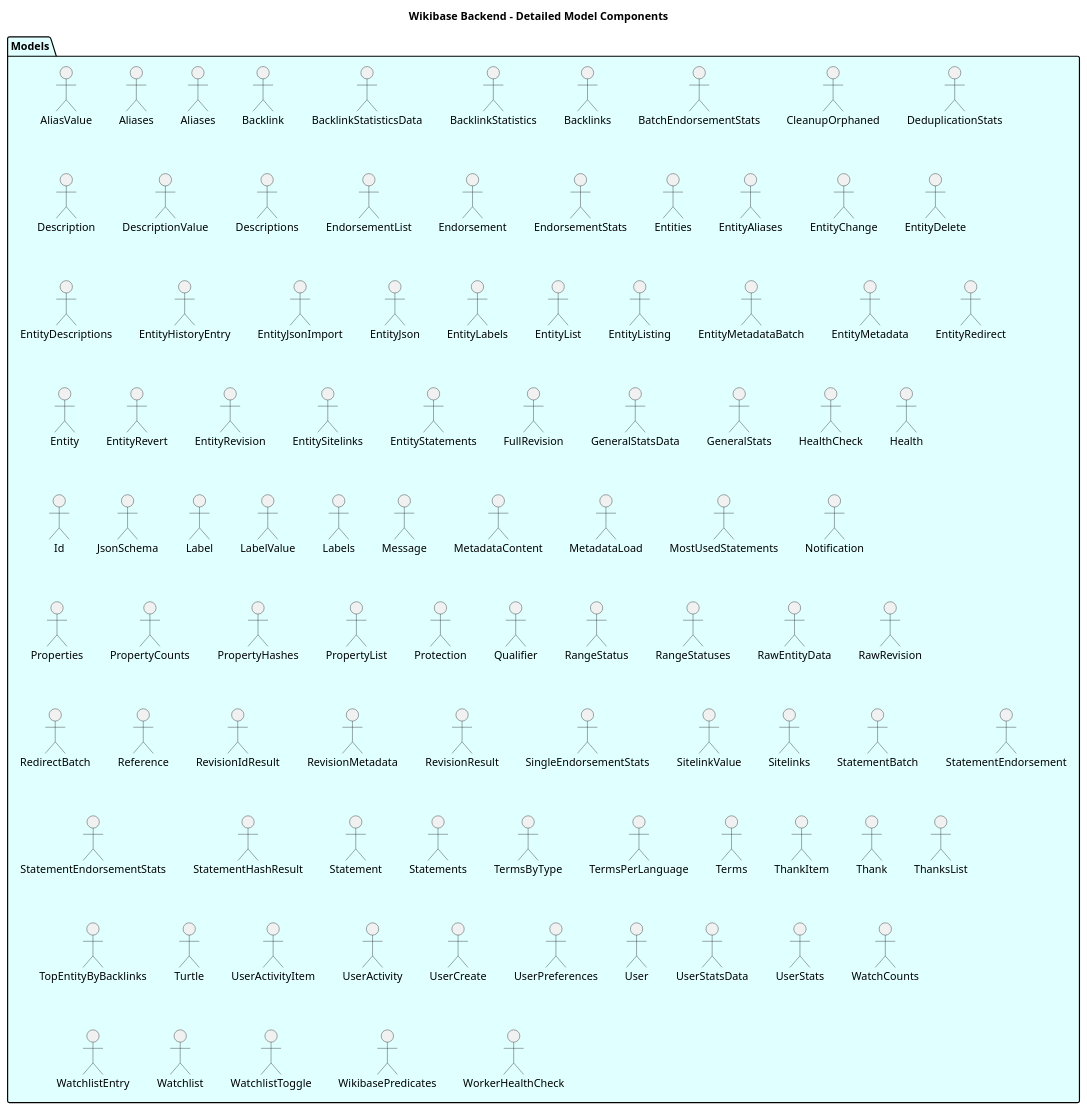
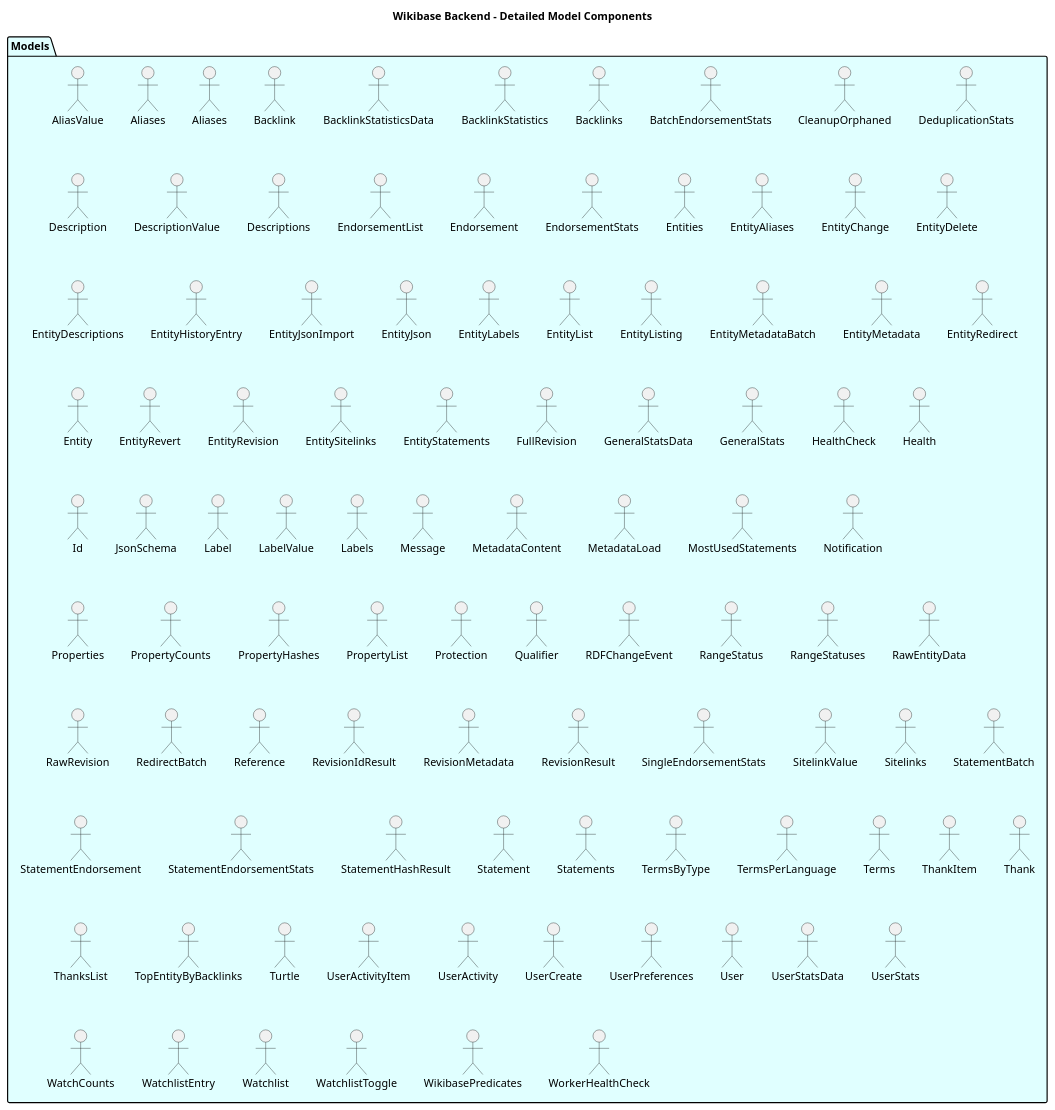
Before and after one commit to dpriskorn/entitybase-backend: the diagram in doc/DIAGRAMS/detailed_model_components.puml, drawn with PlantUML. The commit also changed 51 other files, not shown here.

```diff
--- a/doc/DIAGRAMS/detailed_model_components.puml
+++ b/doc/DIAGRAMS/detailed_model_components.puml
@@ -1,103 +1,104 @@
 @startuml Detailed Model Components
 
 title Wikibase Backend - Detailed Model Components
 
 package "Models" as Models #LightCyan {
     "AliasValue" as AliasValue
     "Aliases" as Aliases
     "Aliases" as AliasesResponse
     "Backlink" as BacklinkResponse
     "BacklinkStatisticsData" as BacklinkStatisticsData
     "BacklinkStatistics" as BacklinkStatisticsResponse
     "Backlinks" as BacklinksResponse
     "BatchEndorsementStats" as BatchEndorsementStatsResponse
     "CleanupOrphaned" as CleanupOrphanedResponse
     "DeduplicationStats" as DeduplicationStatsResponse
     "Description" as DescriptionResponse
     "DescriptionValue" as DescriptionValue
     "Descriptions" as DescriptionsResponse
     "EndorsementList" as EndorsementListResponse
     "Endorsement" as EndorsementResponse
     "EndorsementStats" as EndorsementStatsResponse
     "Entities" as EntitiesResponse
     "EntityAliases" as EntityAliasesResponse
     "EntityChange" as EntityChange
     "EntityDelete" as EntityDeleteResponse
     "EntityDescriptions" as EntityDescriptionsResponse
     "EntityHistoryEntry" as EntityHistoryEntry
     "EntityJsonImport" as EntityJsonImportResponse
     "EntityJson" as EntityJsonResponse
     "EntityLabels" as EntityLabelsResponse
     "EntityList" as EntityListResponse
     "EntityListing" as EntityListing
     "EntityMetadataBatch" as EntityMetadataBatchResponse
     "EntityMetadata" as EntityMetadataResponse
     "EntityRedirect" as EntityRedirectResponse
     "Entity" as EntityResponse
     "EntityRevert" as EntityRevertResponse
     "EntityRevision" as EntityRevisionResponse
     "EntitySitelinks" as EntitySitelinksResponse
     "EntityStatements" as EntityStatementsResponse
     "FullRevision" as FullRevisionResponse
     "GeneralStatsData" as GeneralStatsData
     "GeneralStats" as GeneralStatsResponse
     "HealthCheck" as HealthCheckResponse
     "Health" as HealthResponse
     "Id" as IdResponse
     "JsonSchema" as JsonSchema
     "Label" as LabelResponse
     "LabelValue" as LabelValue
     "Labels" as LabelsResponse
     "Message" as MessageResponse
     "MetadataContent" as MetadataContent
     "MetadataLoad" as MetadataLoadResponse
     "MostUsedStatements" as MostUsedStatementsResponse
     "Notification" as NotificationResponse
     "Properties" as PropertiesResponse
     "PropertyCounts" as PropertyCountsResponse
     "PropertyHashes" as PropertyHashesResponse
     "PropertyList" as PropertyListResponse
     "Protection" as ProtectionResponse
     "Qualifier" as QualifierResponse
+    "RDFChangeEvent" as RDFChangeEvent
     "RangeStatus" as RangeStatus
     "RangeStatuses" as RangeStatuses
     "RawEntityData" as RawEntityData
     "RawRevision" as RawRevisionResponse
     "RedirectBatch" as RedirectBatchResponse
     "Reference" as ReferenceResponse
     "RevisionIdResult" as RevisionIdResult
     "RevisionMetadata" as RevisionMetadataResponse
     "RevisionResult" as RevisionResult
     "SingleEndorsementStats" as SingleEndorsementStatsResponse
     "SitelinkValue" as SitelinkValue
     "Sitelinks" as SitelinksResponse
     "StatementBatch" as StatementBatchResponse
     "StatementEndorsement" as StatementEndorsementResponse
     "StatementEndorsementStats" as StatementEndorsementStats
     "StatementHashResult" as StatementHashResult
     "Statement" as StatementResponse
     "Statements" as StatementsResponse
     "TermsByType" as TermsByType
     "TermsPerLanguage" as TermsPerLanguage
     "Terms" as TermsResponse
     "ThankItem" as ThankItemResponse
     "Thank" as ThankResponse
     "ThanksList" as ThanksListResponse
     "TopEntityByBacklinks" as TopEntityByBacklinks
     "Turtle" as TurtleResponse
     "UserActivityItem" as UserActivityItemResponse
     "UserActivity" as UserActivityResponse
     "UserCreate" as UserCreateResponse
     "UserPreferences" as UserPreferencesResponse
     "User" as UserResponse
     "UserStatsData" as UserStatsData
     "UserStats" as UserStatsResponse
     "WatchCounts" as WatchCounts
     "WatchlistEntry" as WatchlistEntryResponse
     "Watchlist" as WatchlistResponse
     "WatchlistToggle" as WatchlistToggleResponse
     "WikibasePredicates" as WikibasePredicatesResponse
     "WorkerHealthCheck" as WorkerHealthCheckResponse
 }
 
 @enduml
```
